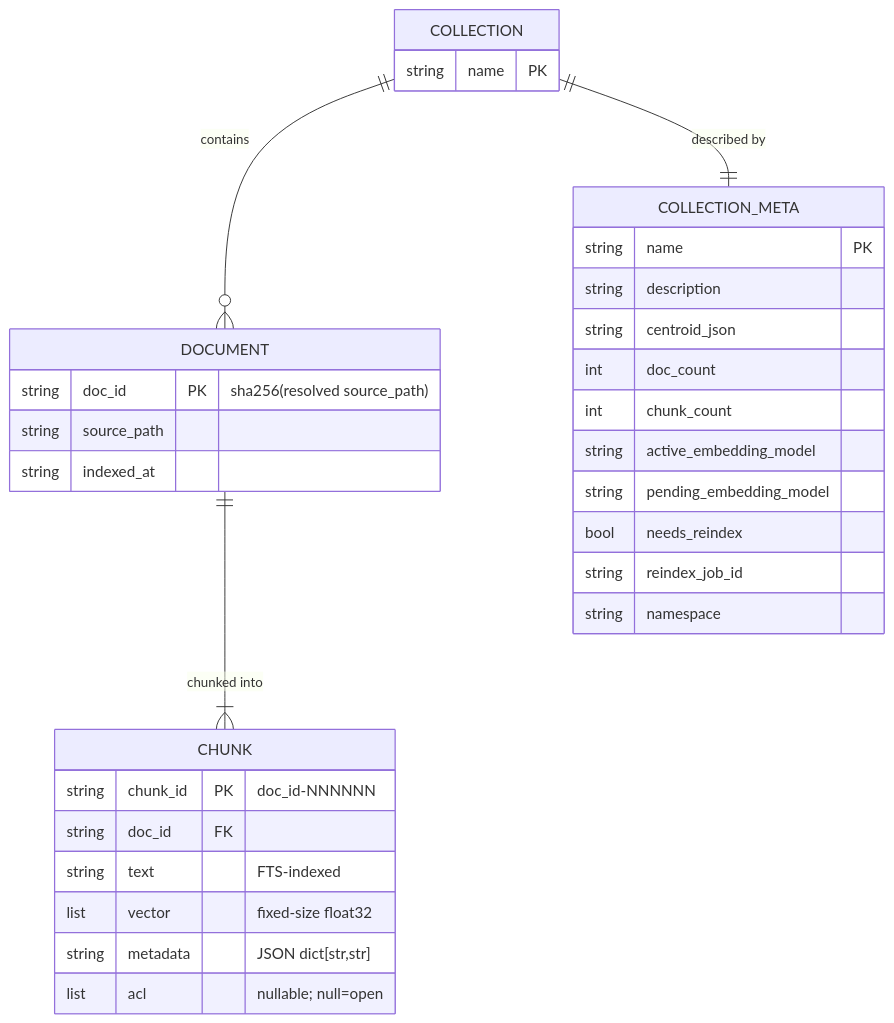
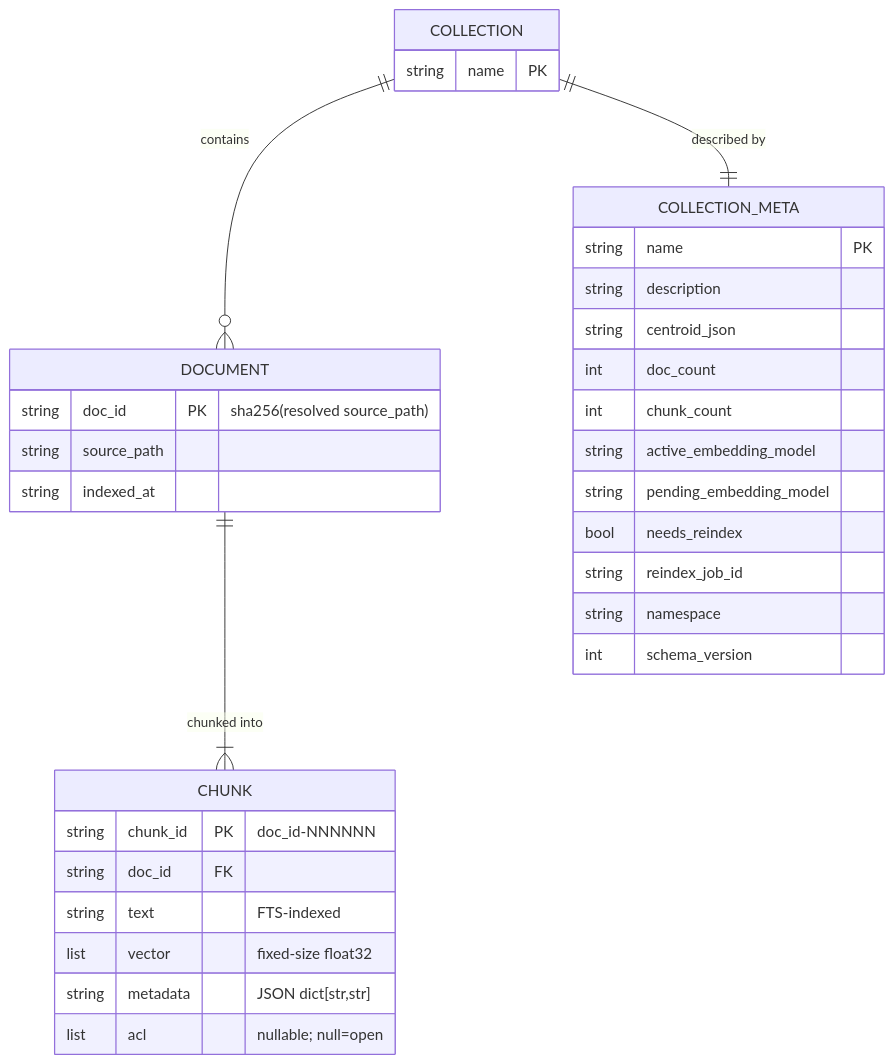
Before and after one commit to user538295/archon-search: the first of 2 diagrams in Documentation/Architecture/130_data_architecture_and_persistence.md, drawn with Mermaid. The commit also changed other lines of this file and 14 other files, not shown here.

````diff
--- a/Documentation/Architecture/130_data_architecture_and_persistence.md
+++ b/Documentation/Architecture/130_data_architecture_and_persistence.md
@@ -186,34 +198,35 @@
 ```mermaid
 erDiagram
     COLLECTION ||--o{ DOCUMENT : contains
     DOCUMENT ||--|{ CHUNK : "chunked into"
     COLLECTION ||--|| COLLECTION_META : "described by"
     COLLECTION_META {
         string name PK
         string description
         string centroid_json
         int doc_count
         int chunk_count
         string active_embedding_model
         string pending_embedding_model
         bool needs_reindex
         string reindex_job_id
         string namespace
+        int schema_version
     }
     COLLECTION {
         string name PK
     }
     DOCUMENT {
         string doc_id PK "sha256(resolved source_path)"
         string source_path
         string indexed_at
     }
     CHUNK {
         string chunk_id PK "doc_id-NNNNNN"
         string doc_id FK
         string text "FTS-indexed"
         list vector "fixed-size float32"
         string metadata "JSON dict[str,str]"
         list acl "nullable; null=open"
     }
 ```
````
